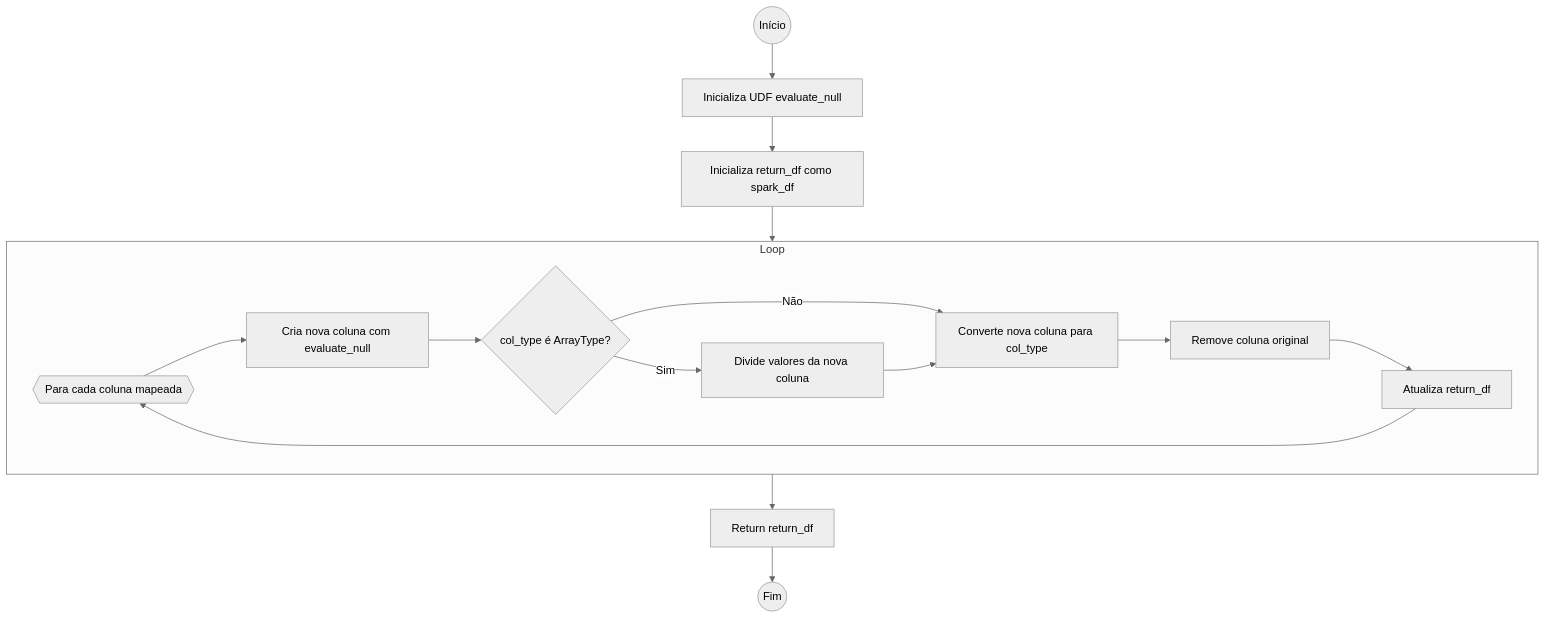
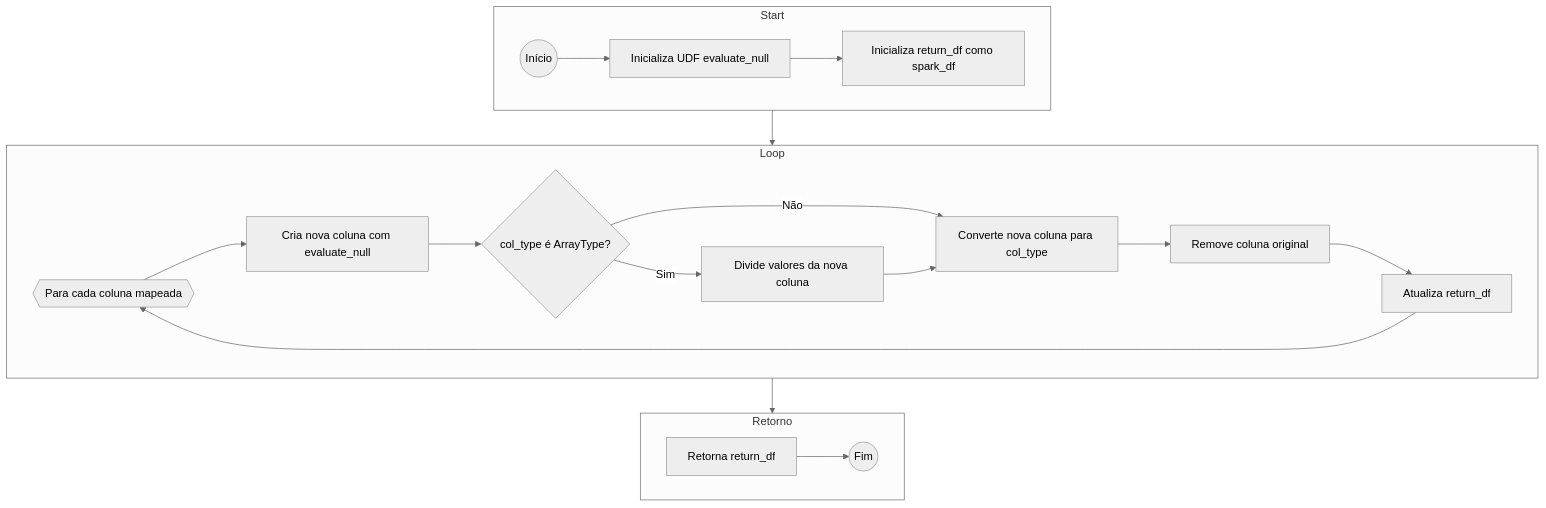
One commit to GustavCampos/Programa-de-bolsas-Compasso changed the first of 2 diagrams in Sprint 8/Desafios/README.md. Above: the diagram before and after it, drawn with Mermaid (neutral theme). The commit also changed other lines of this file and 2 other files, not shown here.

````diff
--- a/Sprint 8/Desafios/README.md
+++ b/Sprint 8/Desafios/README.md
@@ -40,33 +40,44 @@
 ```mermaid
 flowchart TD
-    flow_start((Início))
-    i_evaluate_null[Inicializa UDF evaluate_null]
-    i_return_df[Inicializa return_df como spark_df]
-    return[Return return_df]
-    flow_end((Fim)) 
+    subgraph Start
+        direction LR
+
+        start((Início))
+        i_evaluate_null[Inicializa UDF evaluate_null]
+        i_return_df[Inicializa return_df como spark_df]
+
+        start --> i_evaluate_null
+        i_evaluate_null --> i_return_df
+    end
 
     subgraph Loop
         column_loop{{Para cada coluna mapeada}}
         col_is_array{col_type é ArrayType?}
         evaluate_null[Cria nova coluna com evaluate_null]
         explode_values[Divide valores da nova coluna]
         cast_type[Converte nova coluna para col_type]
         drop_col[Remove coluna original]
         update_return[Atualiza return_df]
 
         column_loop --> evaluate_null
         evaluate_null --> col_is_array
         col_is_array -->|Sim| explode_values
         col_is_array -->|Não| cast_type
         explode_values --> cast_type
         cast_type --> drop_col
         drop_col --> update_return
         update_return --> column_loop
     end
 
-    flow_start --> i_evaluate_null
-    i_evaluate_null --> i_return_df
-    i_return_df --> Loop
-    Loop --> return
-    return --> flow_end
+    subgraph Retorno
+        direction LR
+
+        return[Retorna return_df]
+        flow_end((Fim))
+
+        return --> flow_end
+    end
+
+    Start --> Loop
+    Loop --> Retorno
 ```
````
